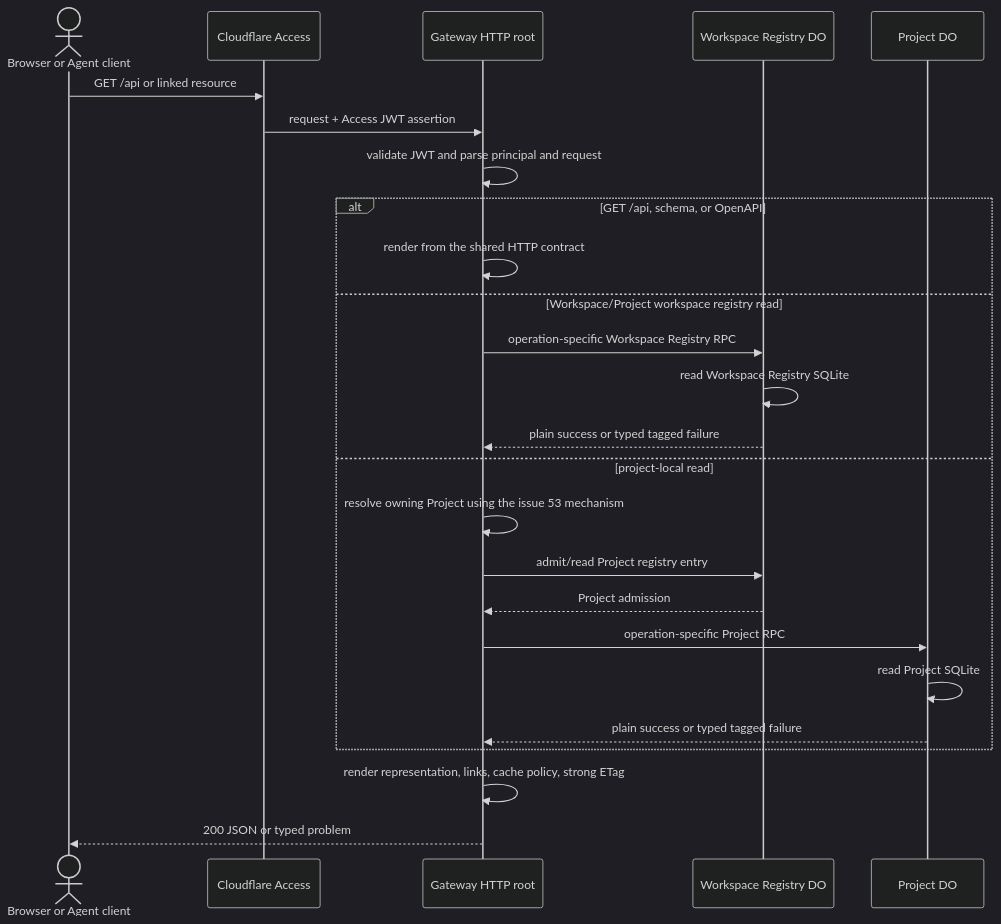
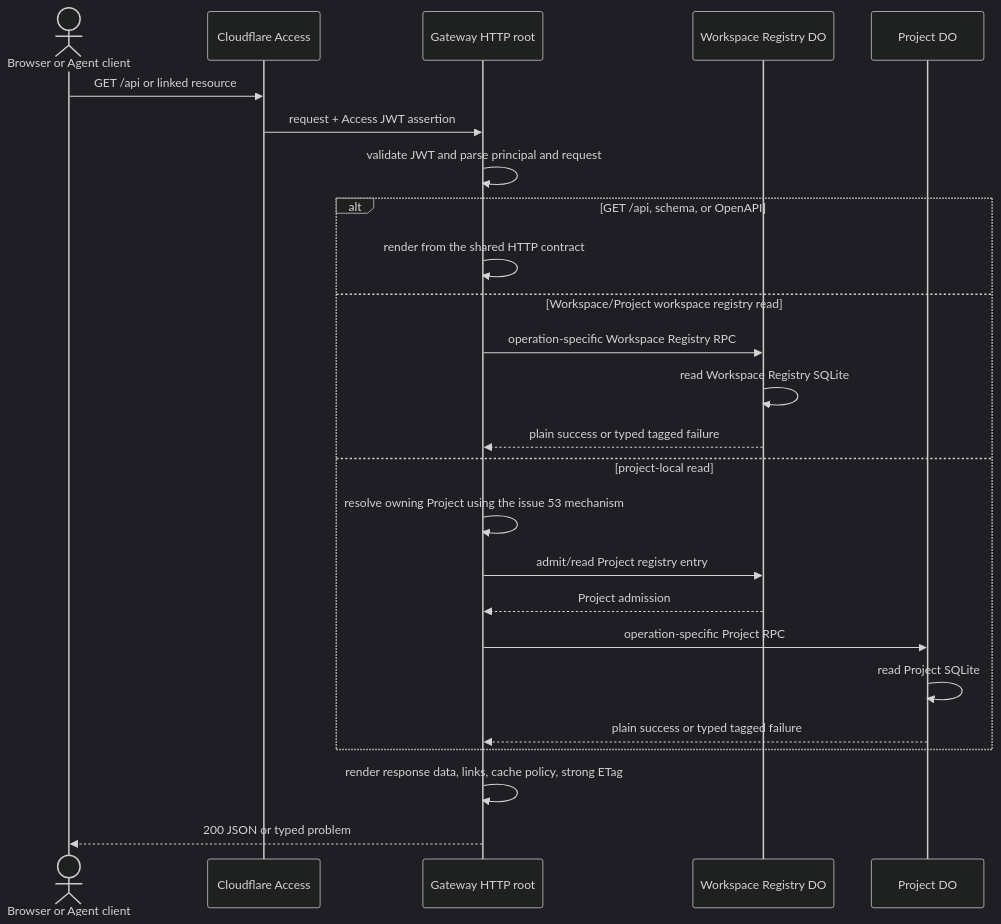
One commit to dmmulroy/overseer changed the second of 6 diagrams in docs/adr/0001-mvp-system-architecture.md. Above: the diagram before and after it, drawn with Mermaid (dark theme). The commit also changed other lines of this file and 27 other files, not shown here.

Commit message:
Use standard API and timeline terminology

````diff
--- a/docs/adr/0001-mvp-system-architecture.md
+++ b/docs/adr/0001-mvp-system-architecture.md
@@ -124,28 +124,28 @@
 ```mermaid
 sequenceDiagram
   actor C as Browser or Agent client
   participant A as Cloudflare Access
   participant G as Gateway HTTP root
   participant CDO as Workspace Registry DO
   participant PDO as Project DO
 
   C->>A: GET /api or linked resource
   A->>G: request + Access JWT assertion
   G->>G: validate JWT and parse principal and request
   alt GET /api, schema, or OpenAPI
     G->>G: render from the shared HTTP contract
   else Workspace/Project workspace registry read
     G->>CDO: operation-specific Workspace Registry RPC
     CDO->>CDO: read Workspace Registry SQLite
     CDO-->>G: plain success or typed tagged failure
   else project-local read
     G->>G: resolve owning Project using the issue 53 mechanism
     G->>CDO: admit/read Project registry entry
     CDO-->>G: Project admission
     G->>PDO: operation-specific Project RPC
     PDO->>PDO: read Project SQLite
     PDO-->>G: plain success or typed tagged failure
   end
-  G->>G: render representation, links, cache policy, strong ETag
+  G->>G: render response data, links, cache policy, strong ETag
   G-->>C: 200 JSON or typed problem
 ```
````
